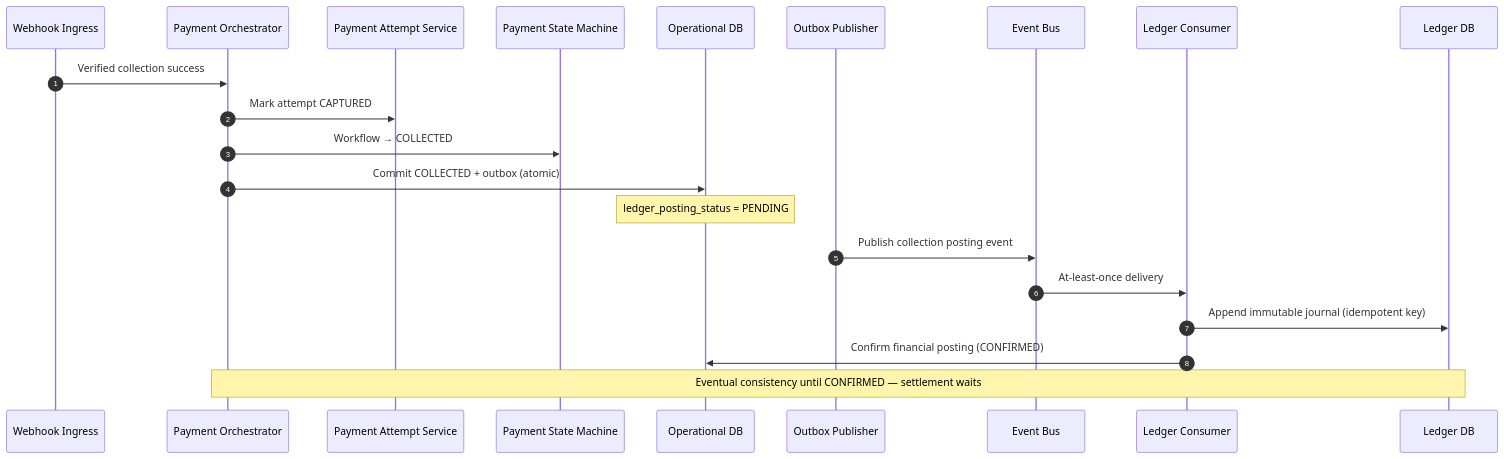
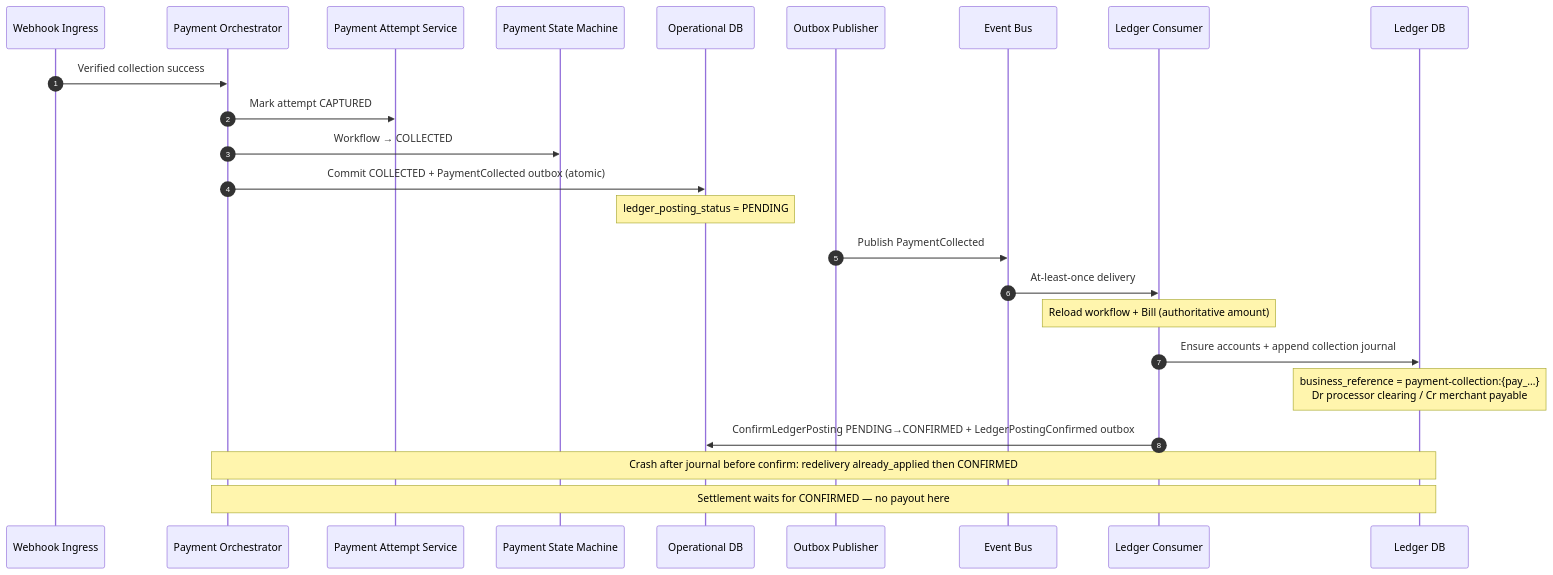
One commit to MR0808/sparelane-architecture changed the diagram in docs/design/money/collection-to-ledger.md. Above: the diagram before and after it, drawn with Mermaid. The commit also changed other lines of this file and 42 other files, not shown here.

````diff
--- a/docs/design/money/collection-to-ledger.md
+++ b/docs/design/money/collection-to-ledger.md
@@ -39,26 +44,29 @@
 ```mermaid
 sequenceDiagram
     autonumber
     participant WH as Webhook Ingress
     participant Orch as Payment Orchestrator
     participant Att as Payment Attempt Service
     participant PSM as Payment State Machine
     participant ODB as Operational DB
     participant OB as Outbox Publisher
     participant Bus as Event Bus
     participant LC as Ledger Consumer
     participant LDB as Ledger DB
 
     WH->>Orch: Verified collection success
     Orch->>Att: Mark attempt CAPTURED
     Orch->>PSM: Workflow → COLLECTED
-    Orch->>ODB: Commit COLLECTED + outbox (atomic)
+    Orch->>ODB: Commit COLLECTED + PaymentCollected outbox (atomic)
     Note over ODB: ledger_posting_status = PENDING
 
-    OB->>Bus: Publish collection posting event
+    OB->>Bus: Publish PaymentCollected
     Bus->>LC: At-least-once delivery
-    LC->>LDB: Append immutable journal (idempotent key)
-    LC->>ODB: Confirm financial posting (CONFIRMED)
+    Note over LC: Reload workflow + Bill (authoritative amount)
+    LC->>LDB: Ensure accounts + append collection journal
+    Note over LDB: business_reference = payment-collection:{pay_…}<br/>Dr processor clearing / Cr merchant payable
+    LC->>ODB: ConfirmLedgerPosting PENDING→CONFIRMED + LedgerPostingConfirmed outbox
 
-    Note over Orch,LDB: Eventual consistency until CONFIRMED — settlement waits
+    Note over Orch,LDB: Crash after journal before confirm: redelivery already_applied then CONFIRMED
+    Note over Orch,LDB: Settlement waits for CONFIRMED — no payout here
 ```
````
